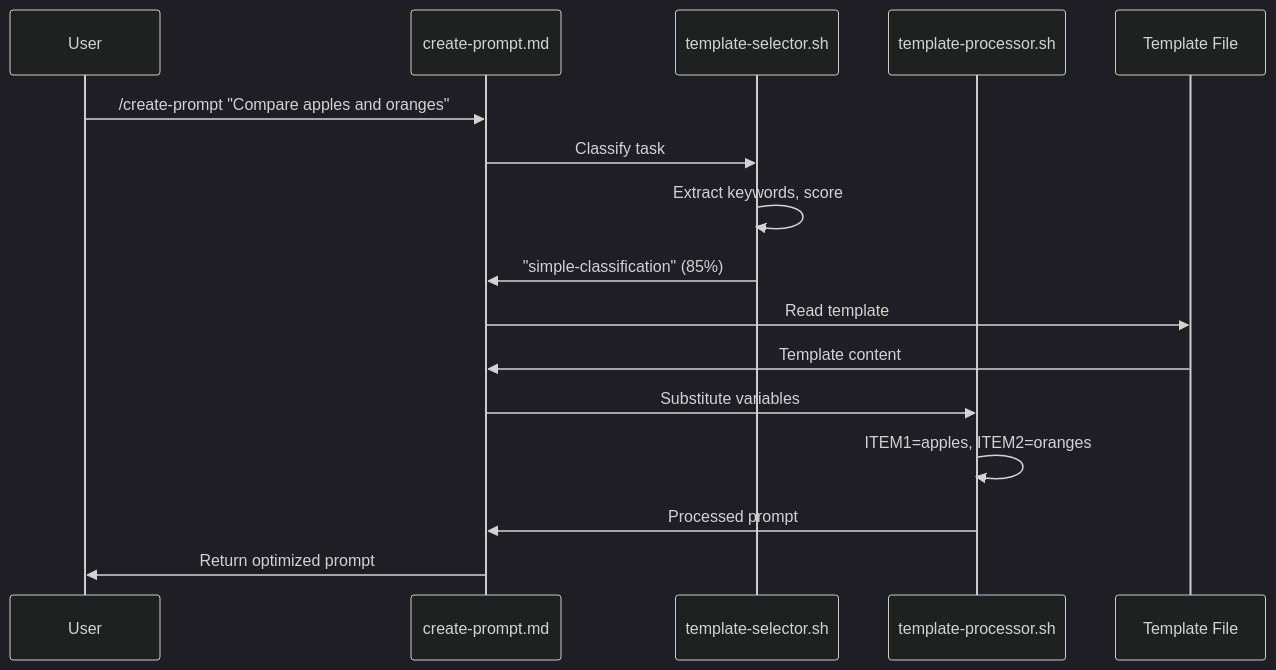
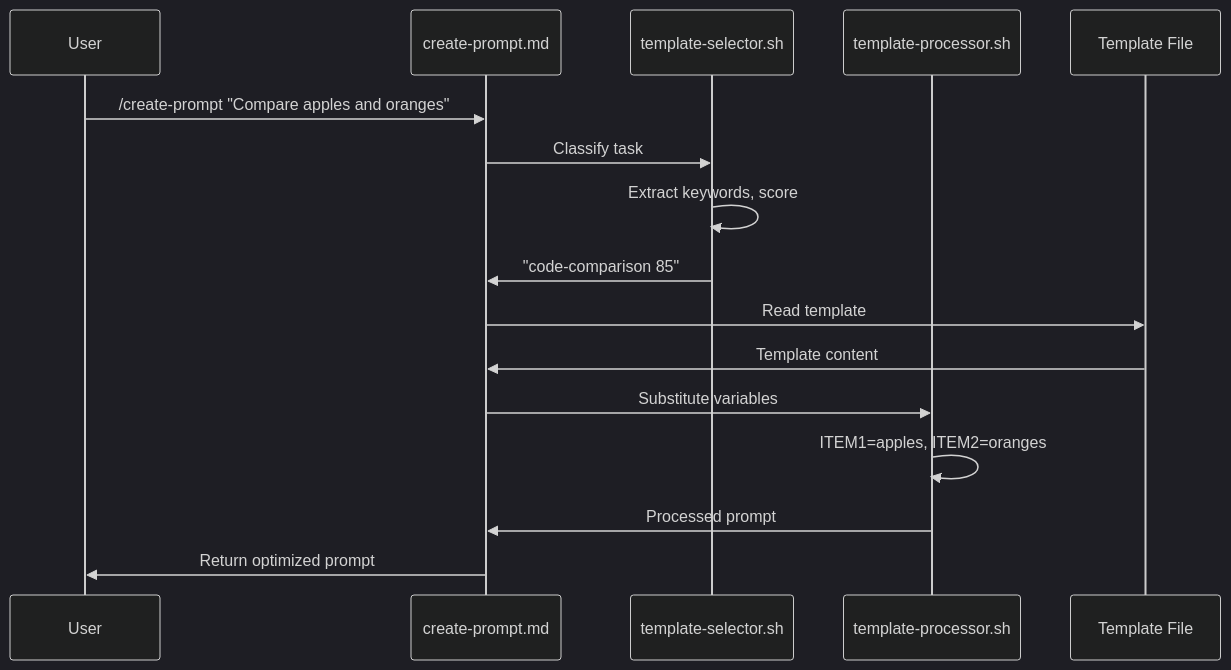
One commit to jtsylve/claude-experiments changed the third of 5 diagrams in meta-prompt/docs/architecture-overview.md. Above: the diagram before and after it, drawn with Mermaid (dark theme). The commit also changed other lines of this file and 26 other files, not shown here.

````diff
--- a/meta-prompt/docs/architecture-overview.md
+++ b/meta-prompt/docs/architecture-overview.md
@@ -299,19 +307,19 @@
 ```mermaid
 sequenceDiagram
     participant User
     participant CreatePromptMD as create-prompt.md
     participant Selector as template-selector.sh
     participant Processor as template-processor.sh
     participant Template as Template File
 
     User->>CreatePromptMD: /create-prompt "Compare apples and oranges"
     CreatePromptMD->>Selector: Classify task
     Selector->>Selector: Extract keywords, score
-    Selector->>CreatePromptMD: "simple-classification" (85%)
+    Selector->>CreatePromptMD: "code-comparison 85"
     CreatePromptMD->>Template: Read template
     Template->>CreatePromptMD: Template content
     CreatePromptMD->>Processor: Substitute variables
     Processor->>Processor: ITEM1=apples, ITEM2=oranges
     Processor->>CreatePromptMD: Processed prompt
     CreatePromptMD->>User: Return optimized prompt
 ```
````
